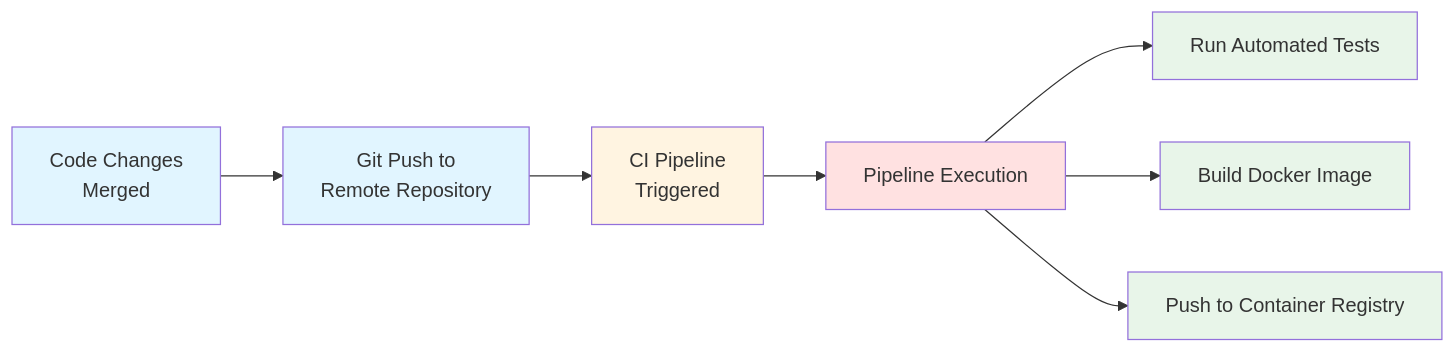
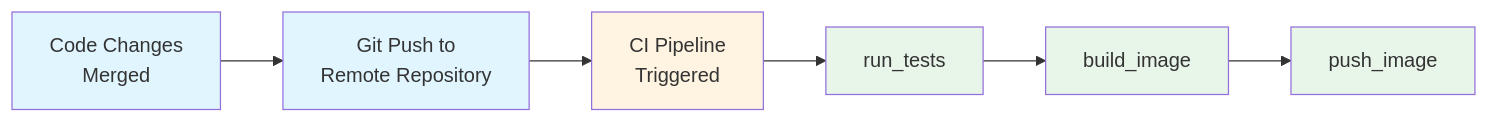
The first of 2 diagrams in gitlab-ci-cd/README.md (pritom169/devops-a-complete-guide), drawn with Mermaid before and after one commit. The commit also changed other lines of this file, not shown here.

Commit message:
[NOTES] Jobs (Basic Building Blocks of Pipeline)

````diff
--- a/gitlab-ci-cd/README.md
+++ b/gitlab-ci-cd/README.md
@@ -161,17 +161,15 @@
 ```mermaid
 graph LR
     A[Code Changes<br/>Merged] --> B[Git Push to<br/>Remote Repository]
     B --> C[CI Pipeline<br/>Triggered]
-    C --> D[Pipeline Execution]
-    D --> E[Run Automated Tests]
-    D --> F[Build Docker Image]
-    D --> G[Push to Container Registry]
+    C --> D[run_tests]
+    D --> E[build_image]
+    E --> F[push_image]
 
     style A fill:#e1f5ff
     style B fill:#e1f5ff
     style C fill:#fff4e1
-    style D fill:#ffe1e1
+    style D fill:#e8f5e9
     style E fill:#e8f5e9
     style F fill:#e8f5e9
-    style G fill:#e8f5e9
 ```
````
